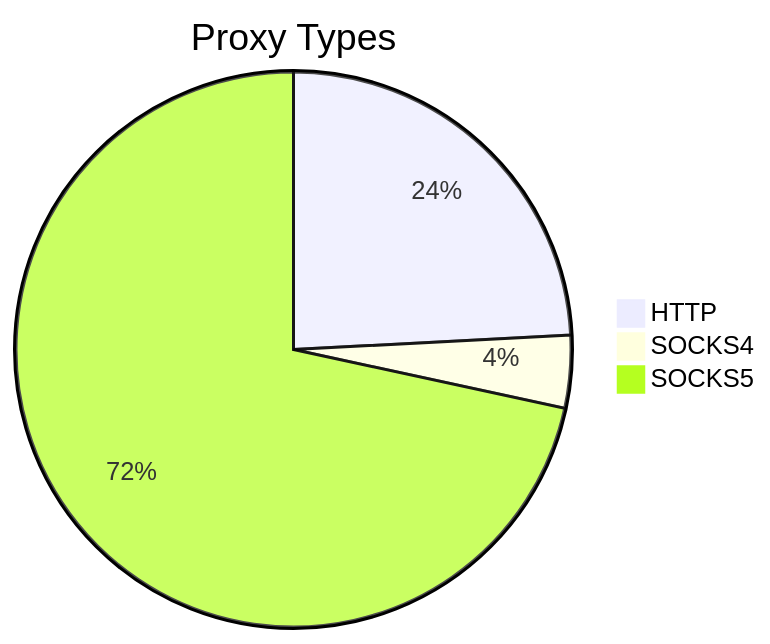
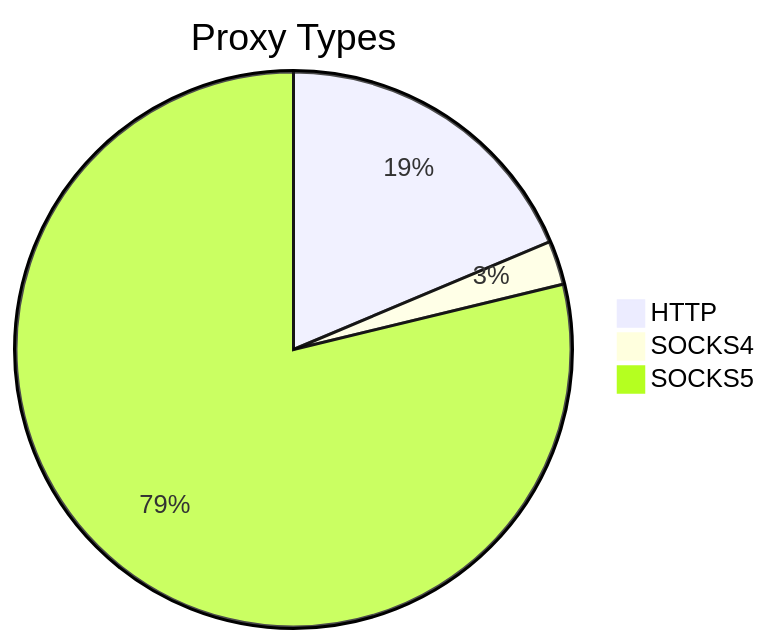
The first of 2 diagrams in README.md (stormsia/proxy-list), drawn with Mermaid before and after one commit. The commit also changed other lines of this file, not shown here.

````diff
--- a/README.md
+++ b/README.md
@@ -21,6 +21,6 @@
 ```mermaid
 pie title Proxy Types
-    "HTTP" : 160
-    "SOCKS4" : 28
-    "SOCKS5" : 474
+    "HTTP" : 95
+    "SOCKS4" : 13
+    "SOCKS5" : 401
 ```
````
